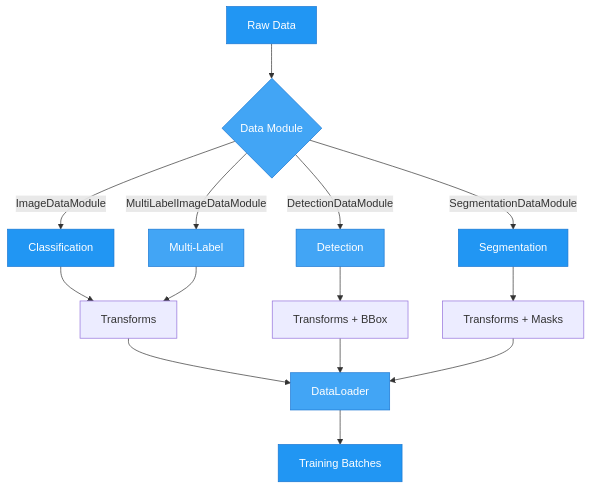
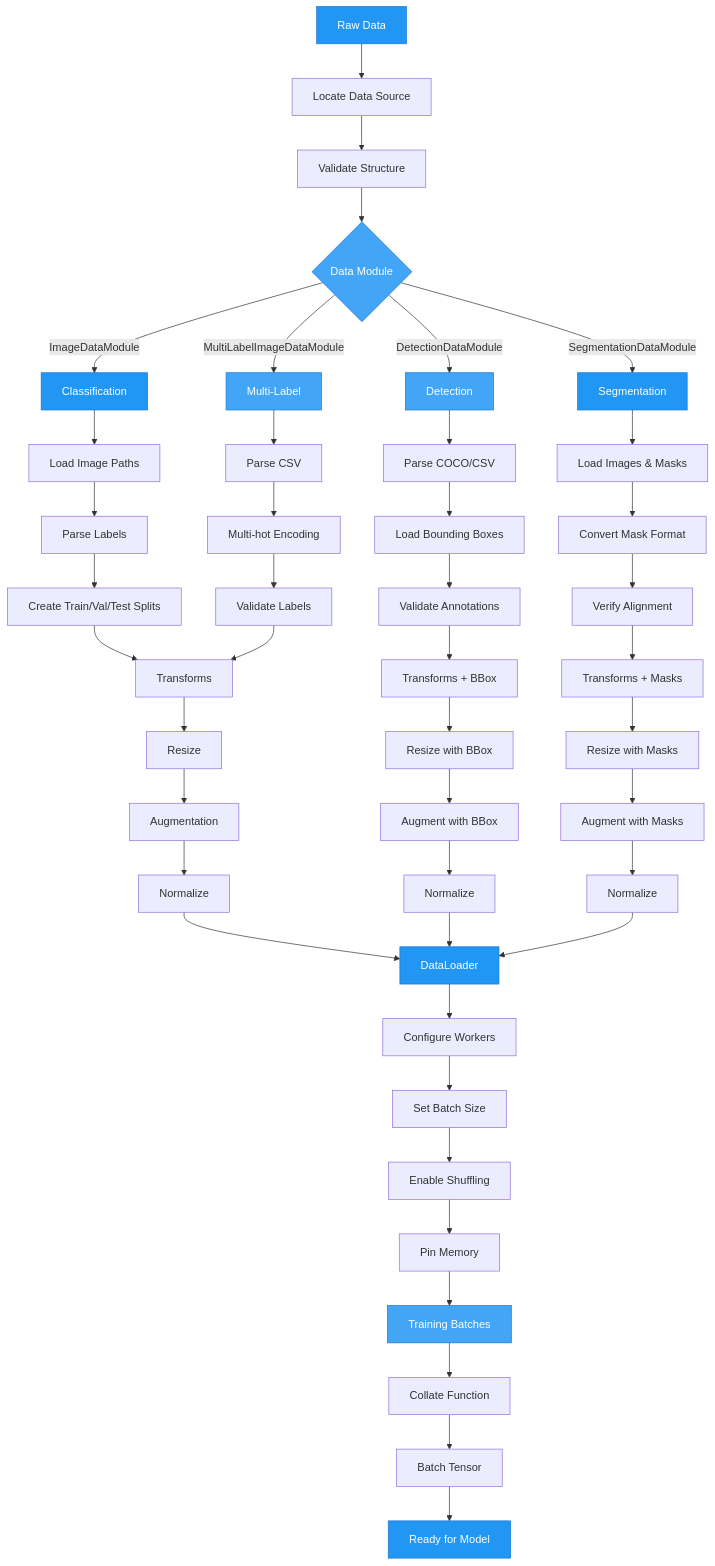
The diagram in docs/user-guide/data-loading/index.md (theja-vanka/AutoTimm), drawn with Mermaid before and after one commit. The commit also changed other lines of this file and 48 other files, not shown here.

````diff
--- a/docs/user-guide/data-loading/index.md
+++ b/docs/user-guide/data-loading/index.md
@@ -13,28 +15,66 @@
 ```mermaid
 graph TD
-    A[Raw Data] --> B{Data Module}
+    A[Raw Data] --> A1[Locate Data Source]
+    A1 --> A2[Validate Structure]
+    A2 --> B{Data Module}
+    
     B -->|ImageDataModule| C1[Classification]
+    C1 --> C1a[Load Image Paths]
+    C1a --> C1b[Parse Labels]
+    C1b --> C1c[Create Train/Val/Test Splits]
+    
     B -->|MultiLabelImageDataModule| C4[Multi-Label]
+    C4 --> C4a[Parse CSV]
+    C4a --> C4b[Multi-hot Encoding]
+    C4b --> C4c[Validate Labels]
+    
     B -->|DetectionDataModule| C2[Detection]
+    C2 --> C2a[Parse COCO/CSV]
+    C2a --> C2b[Load Bounding Boxes]
+    C2b --> C2c[Validate Annotations]
+    
     B -->|SegmentationDataModule| C3[Segmentation]
+    C3 --> C3a[Load Images & Masks]
+    C3a --> C3b[Convert Mask Format]
+    C3b --> C3c[Verify Alignment]
 
-    C1 --> D1[Transforms]
-    C4 --> D1
-    C2 --> D2[Transforms + BBox]
-    C3 --> D3[Transforms + Masks]
+    C1c --> D1[Transforms]
+    C4c --> D1
+    D1 --> D1a[Resize]
+    D1a --> D1b[Augmentation]
+    D1b --> D1c[Normalize]
+    
+    C2c --> D2[Transforms + BBox]
+    D2 --> D2a[Resize with BBox]
+    D2a --> D2b[Augment with BBox]
+    D2b --> D2c[Normalize]
+    
+    C3c --> D3[Transforms + Masks]
+    D3 --> D3a[Resize with Masks]
+    D3a --> D3b[Augment with Masks]
+    D3b --> D3c[Normalize]
 
-    D1 --> E[DataLoader]
-    D2 --> E
-    D3 --> E
-
-    E --> F[Training Batches]
+    D1c --> E[DataLoader]
+    D2c --> E
+    D3c --> E
+    
+    E --> E1[Configure Workers]
+    E1 --> E2[Set Batch Size]
+    E2 --> E3[Enable Shuffling]
+    E3 --> E4[Pin Memory]
+    E4 --> F[Training Batches]
+    
+    F --> F1[Collate Function]
+    F1 --> F2[Batch Tensor]
+    F2 --> F3[Ready for Model]
 
     style A fill:#2196F3,stroke:#1976D2,color:#fff
     style B fill:#42A5F5,stroke:#1976D2,color:#fff
     style C1 fill:#2196F3,stroke:#1976D2,color:#fff
     style C2 fill:#42A5F5,stroke:#1976D2,color:#fff
     style C3 fill:#2196F3,stroke:#1976D2,color:#fff
     style C4 fill:#42A5F5,stroke:#1976D2,color:#fff
-    style E fill:#42A5F5,stroke:#1976D2,color:#fff
-    style F fill:#2196F3,stroke:#1976D2,color:#fff
+    style E fill:#2196F3,stroke:#1976D2,color:#fff
+    style F fill:#42A5F5,stroke:#1976D2,color:#fff
+    style F3 fill:#2196F3,stroke:#1976D2,color:#fff
 ```
````
